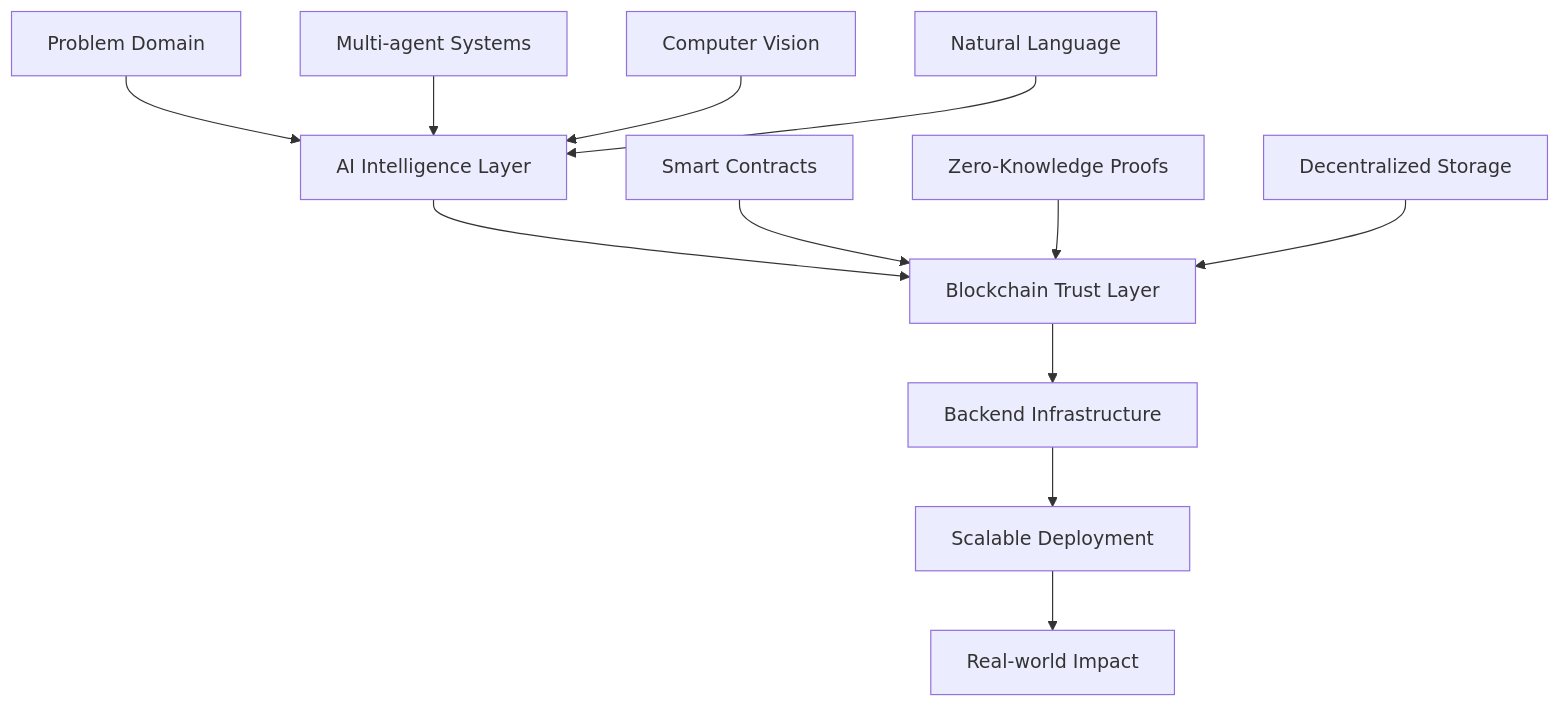
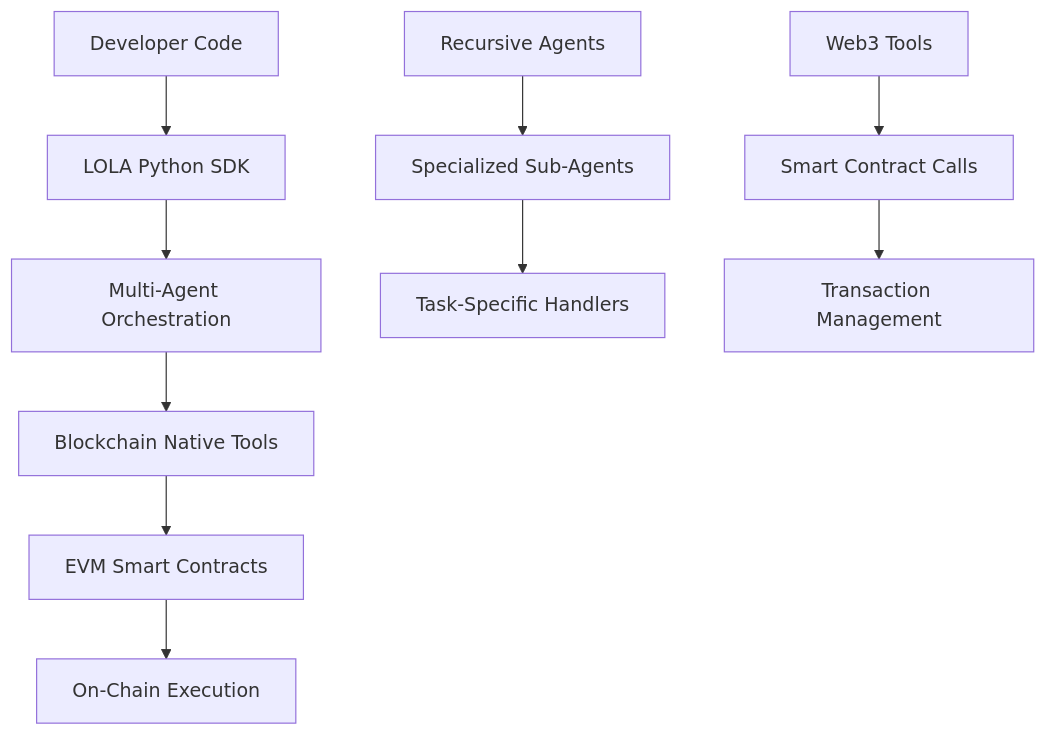
The first of 7 diagrams in README.md (0xSemantic/0xSemantic), drawn with Mermaid before and after one commit. The commit also changed other lines of this file, not shown here.

````diff
--- a/README.md
+++ b/README.md
@@ -95,16 +52,13 @@
 ```mermaid
 graph TB
-    A[Problem Domain] --> B[AI Intelligence Layer]
-    B --> C[Blockchain Trust Layer]
-    C --> D[Backend Infrastructure]
-    D --> E[Scalable Deployment]
-    E --> F[Real-world Impact]
+    A[Developer Code] --> B[LOLA Python SDK]
+    B --> C[Multi-Agent Orchestration]
+    C --> D[Blockchain Native Tools]
+    D --> E[EVM Smart Contracts]
+    E --> F[On-Chain Execution]
     
-    B1[Multi-agent Systems] --> B
-    B2[Computer Vision] --> B
-    B3[Natural Language] --> B
-    
-    C1[Smart Contracts] --> C
-    C2[Zero-Knowledge Proofs] --> C
-    C3[Decentralized Storage] --> C
+    C1[Recursive Agents] --> C2[Specialized Sub-Agents]
+    C2 --> C3[Task-Specific Handlers]
+    D1[Web3 Tools] --> D2[Smart Contract Calls]
+    D2 --> D3[Transaction Management]
 ```
````
